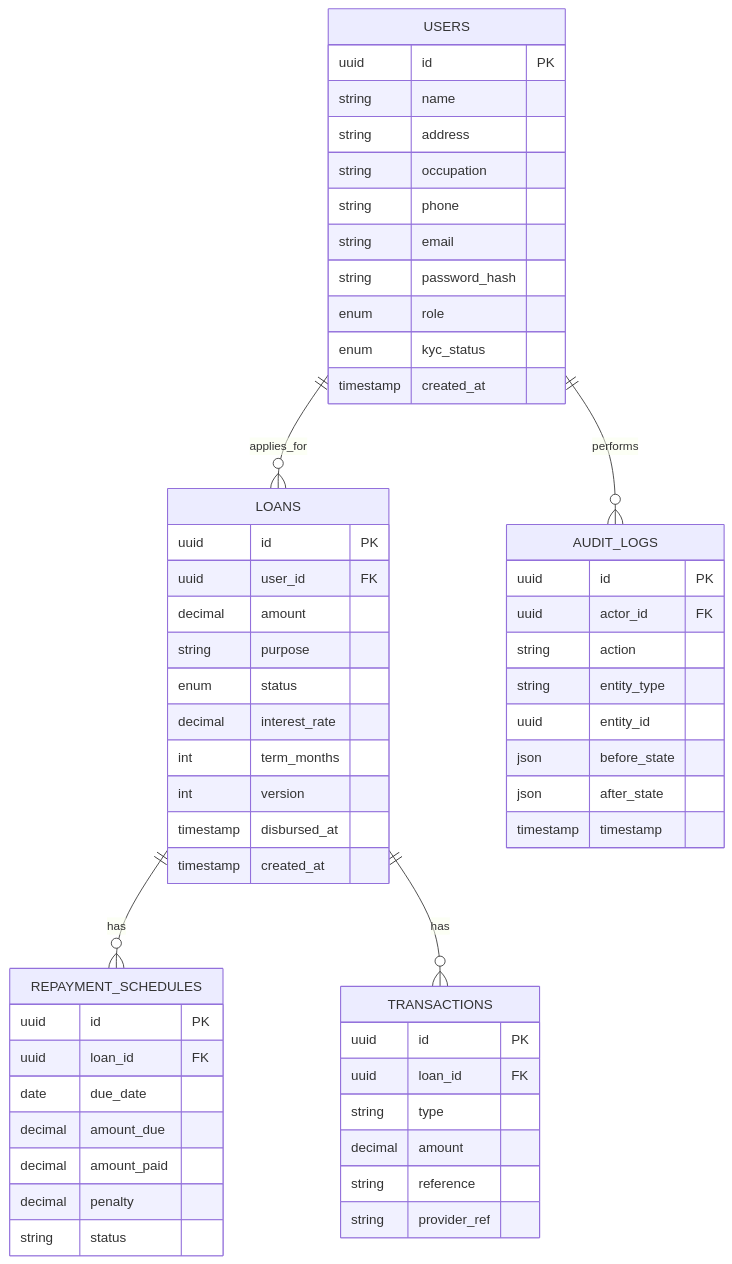
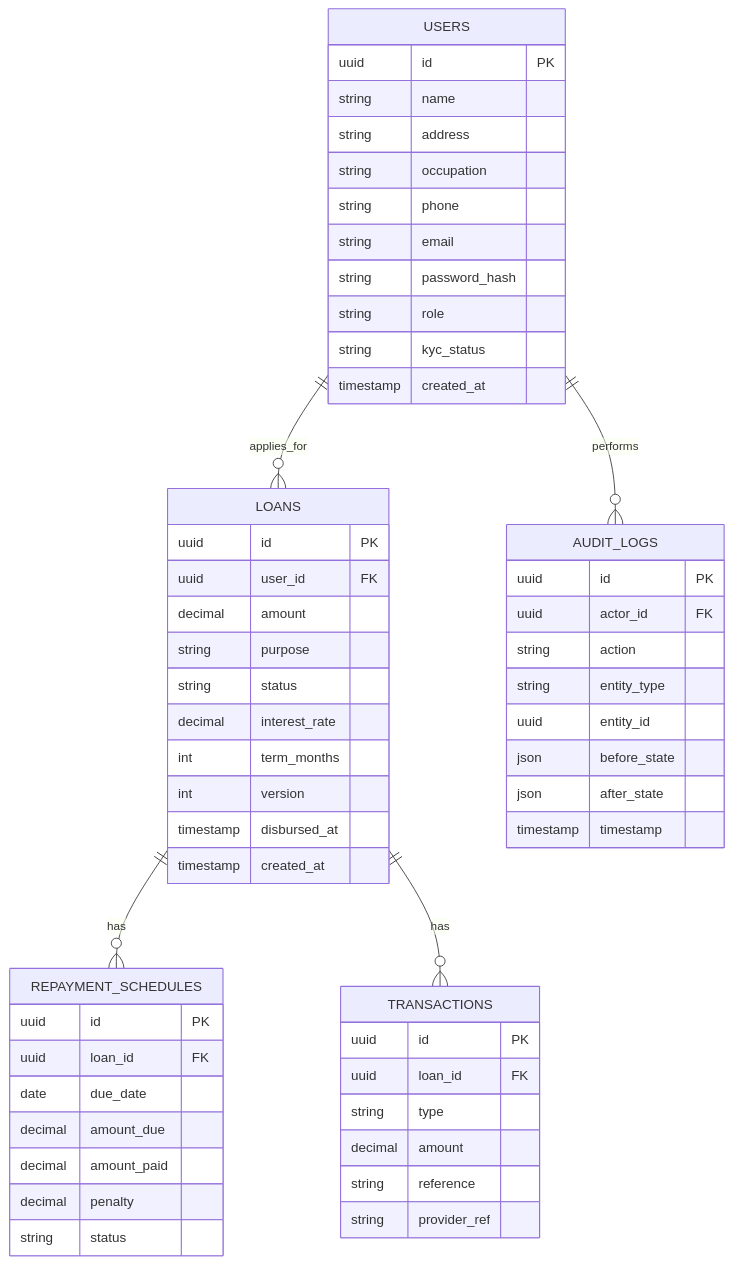
The second of 4 diagrams in README.md (finalSay9/Loan_system), drawn with Mermaid before and after one commit. The commit also changed other lines of this file, not shown here.

````diff
--- a/README.md
+++ b/README.md
@@ -129,63 +132,63 @@
 ```mermaid
 erDiagram
     USERS ||--o{ LOANS : applies_for
     USERS ||--o{ AUDIT_LOGS : performs
     LOANS ||--o{ REPAYMENT_SCHEDULES : has
     LOANS ||--o{ TRANSACTIONS : has
 
     USERS {
         uuid id PK
         string name
         string address
         string occupation
         string phone
         string email
         string password_hash
-        enum role
-        enum kyc_status
+        string role
+        string kyc_status
         timestamp created_at
     }
 
     LOANS {
         uuid id PK
         uuid user_id FK
         decimal amount
         string purpose
-        enum status
+        string status
         decimal interest_rate
         int term_months
         int version
         timestamp disbursed_at
         timestamp created_at
     }
 
     REPAYMENT_SCHEDULES {
         uuid id PK
         uuid loan_id FK
         date due_date
         decimal amount_due
         decimal amount_paid
         decimal penalty
         string status
     }
 
     TRANSACTIONS {
         uuid id PK
         uuid loan_id FK
         string type
         decimal amount
         string reference
         string provider_ref
     }
 
     AUDIT_LOGS {
         uuid id PK
         uuid actor_id FK
         string action
         string entity_type
         uuid entity_id
         json before_state
         json after_state
         timestamp timestamp
     }
 ```
````
